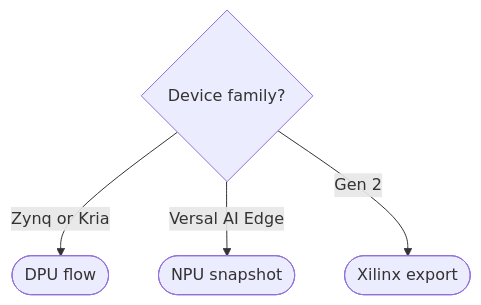
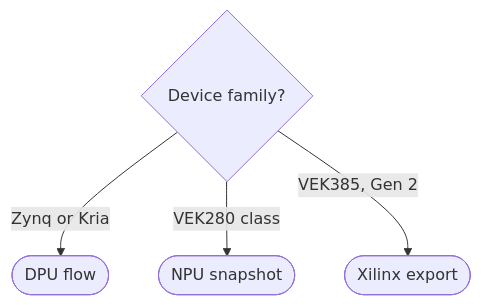
One commit to ultralytics/ultralytics changed the second of 4 diagrams in docs/en/integrations/xilinx.md. Above: the diagram before and after it, drawn with Mermaid. The commit also changed other lines of this file and 10 other files, not shown here.

First line of the commit message:
Fix Mermaid review findings and re-tune diagrams for the dagre layout

````diff
--- a/docs/en/integrations/xilinx.md
+++ b/docs/en/integrations/xilinx.md
@@ -109,7 +109,7 @@
 ```mermaid
 flowchart TD
     A{Device family?}
     A -->|Zynq or Kria| B([DPU flow])
-    A -->|Versal AI Edge| C([NPU snapshot])
-    A -->|Gen 2| D([Xilinx export])
+    A -->|VEK280 class| C([NPU snapshot])
+    A -->|VEK385, Gen 2| D([Xilinx export])
 ```
````
